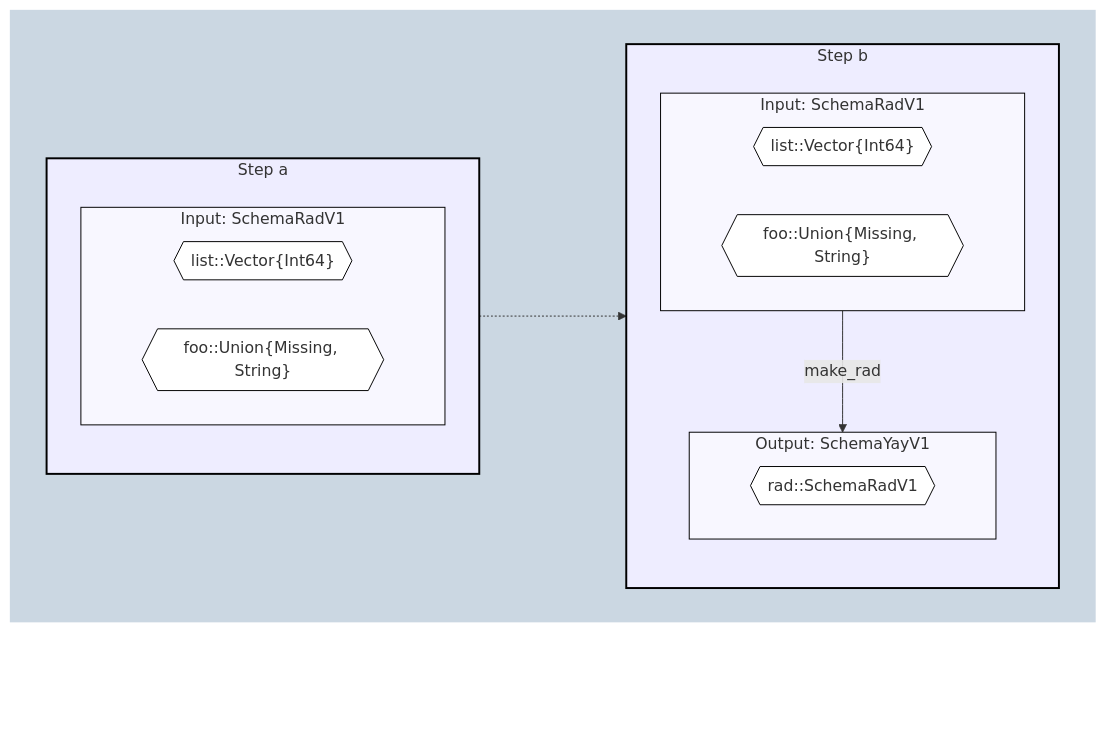
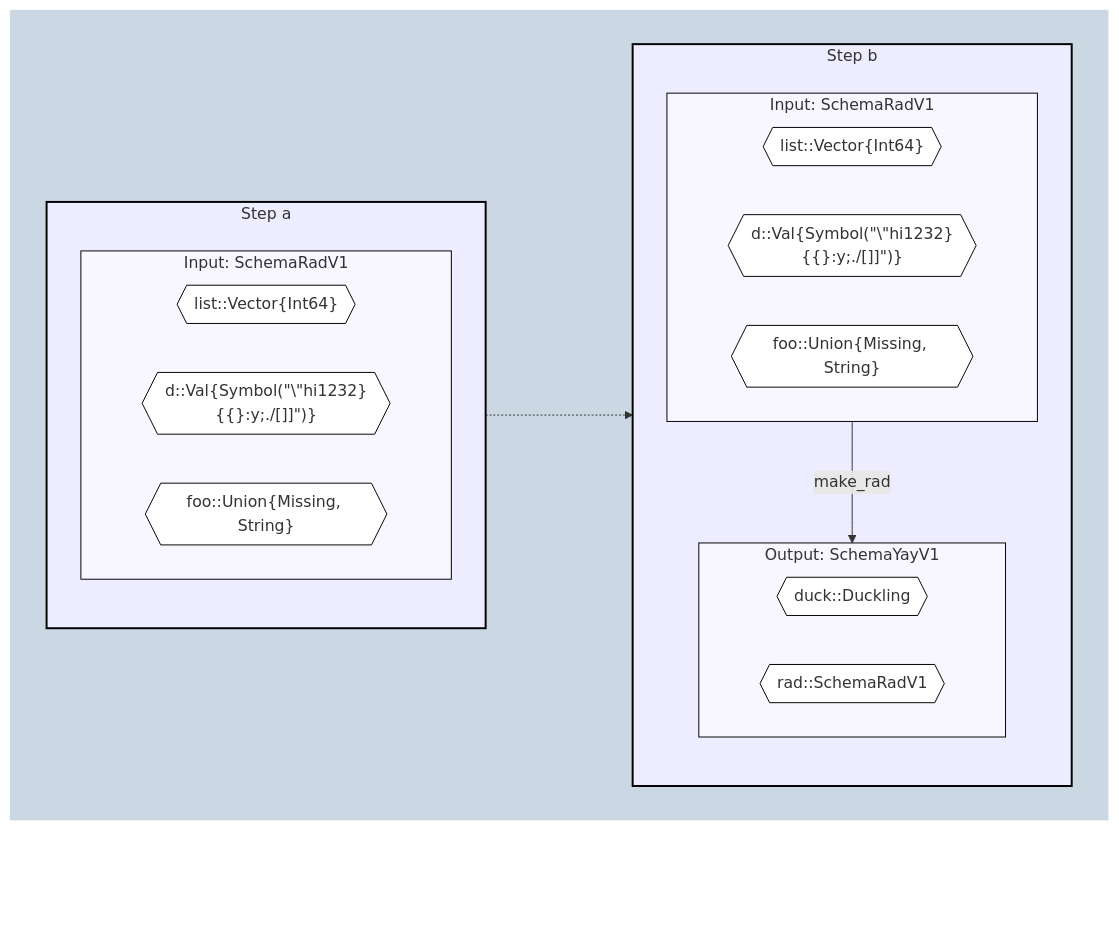
The diagram in test/reference_tests/mermaid_legolas.md (beacon-biosignals/TransformSpecifications.jl), drawn with Mermaid before and after one commit. The commit also changed 4 other files, not shown here.

````diff
--- a/test/reference_tests/mermaid_legolas.md
+++ b/test/reference_tests/mermaid_legolas.md
@@ -1,46 +1,52 @@
 ```mermaid
 flowchart
 
 %% Define steps (nodes)
 subgraph OUTERLEVEL["` `"]
 direction LR
 subgraph STEP_A["Step a"]
   direction TB
   subgraph STEP_A_InputSchema["Input: SchemaRadV1"]
     direction RL
     STEP_A_InputSchemalist{{"list::Vector{Int64}"}}
     class STEP_A_InputSchemalist classSpecField
+    STEP_A_InputSchemad{{"d::Val{Symbol(#quot;\#quot;hi1232}{{}:y;./[]]#quot;)}"}}
+    class STEP_A_InputSchemad classSpecField
     STEP_A_InputSchemafoo{{"foo::Union{Missing, String}"}}
     class STEP_A_InputSchemafoo classSpecField
   end
   class STEP_A_InputSchema classSpec
 end
 subgraph STEP_B["Step b"]
   direction TB
   subgraph STEP_B_InputSchema["Input: SchemaRadV1"]
     direction RL
     STEP_B_InputSchemalist{{"list::Vector{Int64}"}}
     class STEP_B_InputSchemalist classSpecField
+    STEP_B_InputSchemad{{"d::Val{Symbol(#quot;\#quot;hi1232}{{}:y;./[]]#quot;)}"}}
+    class STEP_B_InputSchemad classSpecField
     STEP_B_InputSchemafoo{{"foo::Union{Missing, String}"}}
     class STEP_B_InputSchemafoo classSpecField
   end
   subgraph STEP_B_OutputSchema["Output: SchemaYayV1"]
     direction RL
+    STEP_B_OutputSchemaduck{{"duck::Duckling"}}
+    class STEP_B_OutputSchemaduck classSpecField
     STEP_B_OutputSchemarad{{"rad::SchemaRadV1"}}
     class STEP_B_OutputSchemarad classSpecField
   end
   STEP_B_InputSchema:::classSpec -- make_rad --> STEP_B_OutputSchema:::classSpec
 end
 
 %% Link steps (edges)
 STEP_A:::classStep -..-> STEP_B:::classStep
 
 end
 OUTERLEVEL:::classOuter ~~~ OUTERLEVEL:::classOuter
 
 %% Styling definitions
 classDef classOuter fill:#cbd7e2,stroke:#000,stroke-width:0px;
 classDef classStep fill:#eeedff,stroke:#000,stroke-width:2px;
 classDef classSpec fill:#f8f7ff,stroke:#000,stroke-width:1px;
 classDef classSpecField fill:#fff,stroke:#000,stroke-width:1px;
 ```
````
